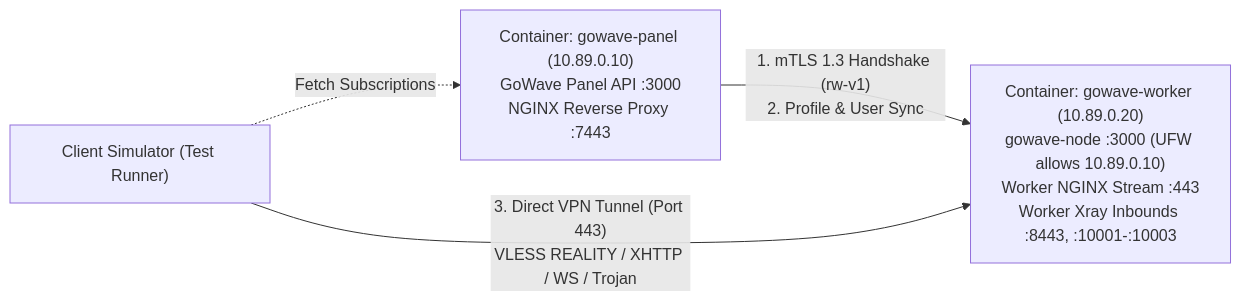
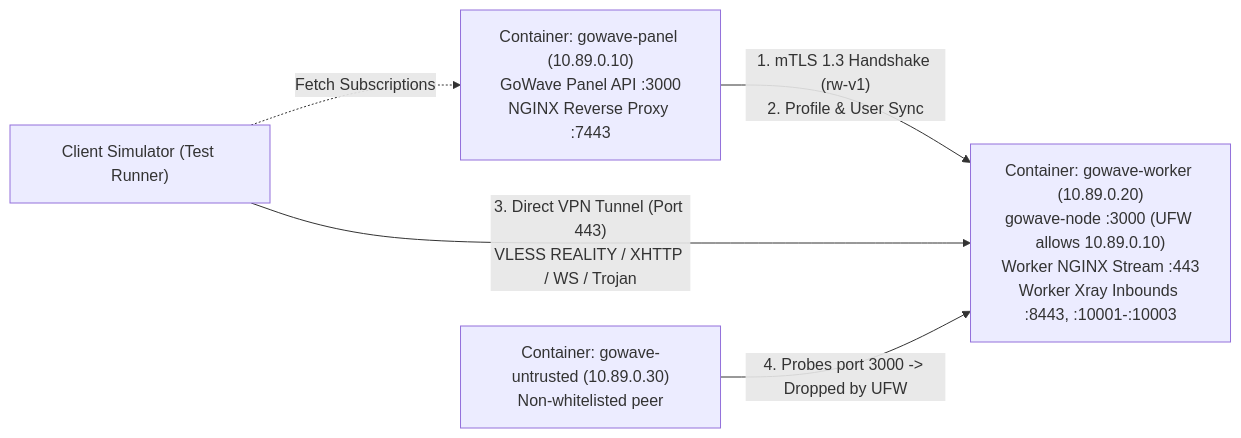
The second of 2 diagrams in openspec/changes/gowave-auto-nginx/TESTING_STRATEGY.md (satanmaker/gowave-auto-nginx), drawn with Mermaid before and after one commit. The commit also changed other lines of this file and 12 other files, not shown here.

````diff
--- a/openspec/changes/gowave-auto-nginx/TESTING_STRATEGY.md
+++ b/openspec/changes/gowave-auto-nginx/TESTING_STRATEGY.md
@@ -247,10 +247,12 @@
 ```mermaid
 flowchart LR
     client["Client Simulator (Test Runner)"]
     panel["Container: gowave-panel (10.89.0.10)<br/>GoWave Panel API :3000<br/>NGINX Reverse Proxy :7443"]
     worker["Container: gowave-worker (10.89.0.20)<br/>gowave-node :3000 (UFW allows 10.89.0.10)<br/>Worker NGINX Stream :443<br/>Worker Xray Inbounds :8443, :10001-:10003"]
+    untrusted["Container: gowave-untrusted (10.89.0.30)<br/>Non-whitelisted peer"]
 
     panel -- "1. mTLS 1.3 Handshake (rw-v1)<br/>2. Profile & User Sync" --> worker
     client -- "3. Direct VPN Tunnel (Port 443)<br/>VLESS REALITY / XHTTP / WS / Trojan" --> worker
+    untrusted -- "4. Probes port 3000 -> Dropped by UFW" --> worker
     client -. "Fetch Subscriptions" .-> panel
 ```
````
